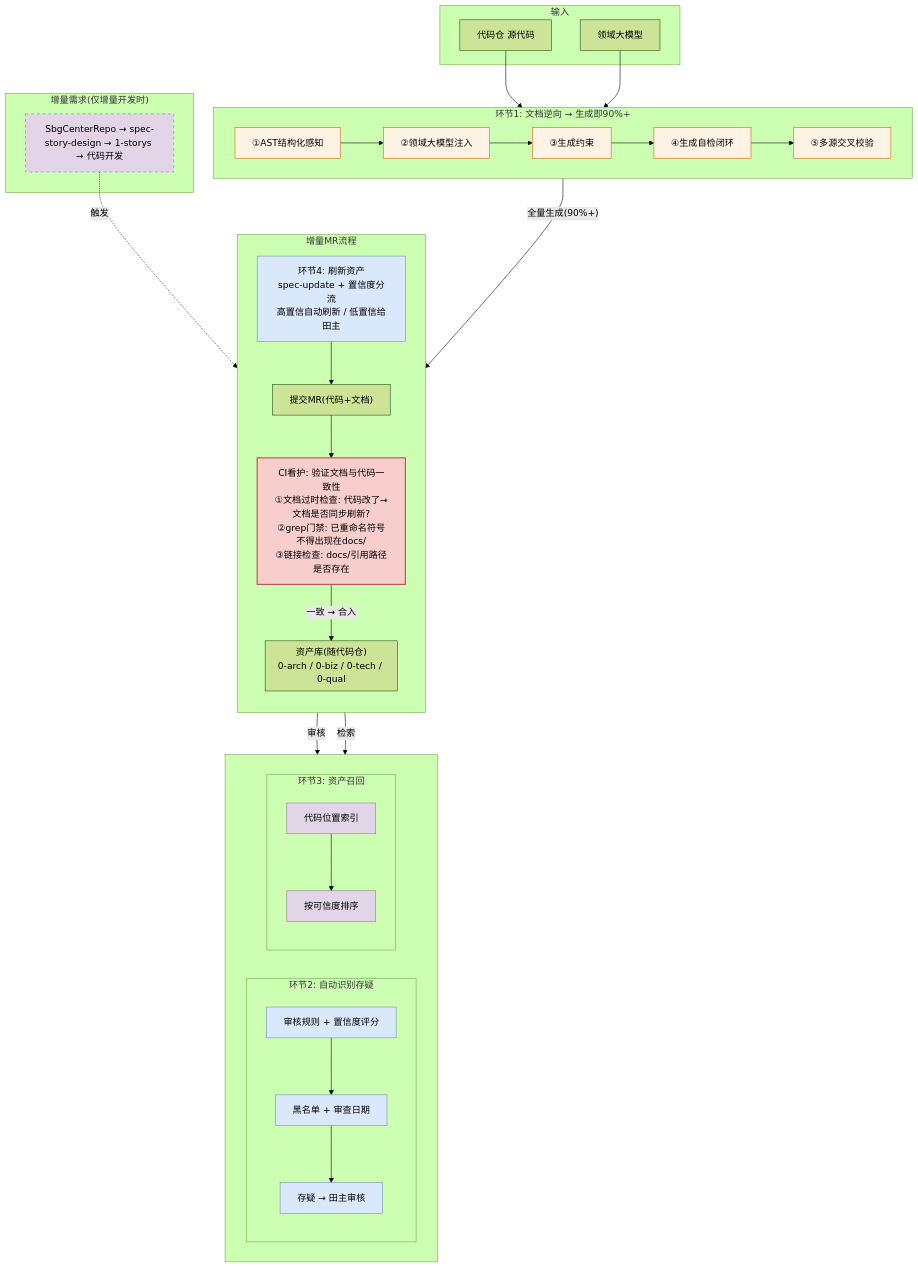
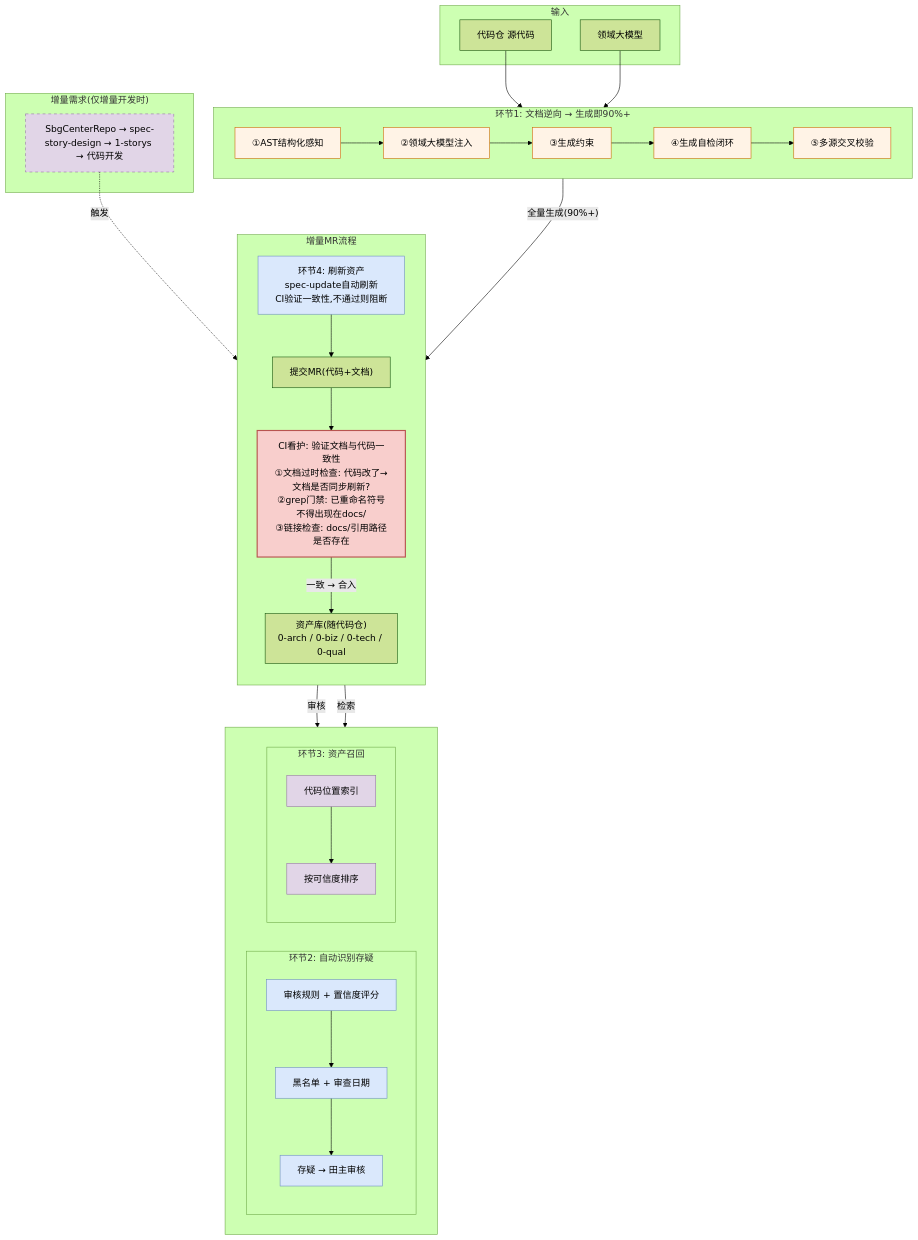
Before and after one commit to hututuxinyu/Memory: the second of 4 diagrams in POC/云核知识资产治理解决方案.md, drawn with Mermaid (forest theme). The commit also changed other lines of this file, not shown here.

````diff
--- a/POC/云核知识资产治理解决方案.md
+++ b/POC/云核知识资产治理解决方案.md
@@ -68,70 +68,70 @@
 ```mermaid
 flowchart TB
     subgraph Input["输入"]
         I1["代码仓 源代码"]
         I2["领域大模型"]
     end
 
     subgraph R1["环节1: 文档逆向 → 生成即90%+"]
         direction LR
         R1a["①AST结构化感知"]
         R1b["②领域大模型注入"]
         R1c["③生成约束"]
         R1d["④生成自检闭环"]
         R1e["⑤多源交叉校验"]
         R1a --> R1b --> R1c --> R1d --> R1e
     end
 
     subgraph Assets["资产库(随代码仓)<br/>0-arch / 0-biz / 0-tech / 0-qual"]
     end
 
     subgraph Bottom[" "]
         direction LR
         subgraph R2["环节2: 自动识别存疑"]
             R2a["审核规则 + 置信度评分"]
             R2b["黑名单 + 审查日期"]
             R2c["存疑 → 田主审核"]
             R2a --> R2b --> R2c
         end
         subgraph R3["环节3: 资产召回"]
             R3a["代码位置索引"]
             R3b["按可信度排序"]
             R3a --> R3b
         end
     end
 
     subgraph MRFlow["增量MR流程"]
         direction TB
-        R4["环节4: 刷新资产<br/>spec-update + 置信度分流<br/>高置信自动刷新 / 低置信给田主"]
+        R4["环节4: 刷新资产<br/>spec-update自动刷新<br/>CI验证一致性,不通过则阻断"]
         MR["提交MR(代码+文档)"]
         CI["CI看护: 验证文档与代码一致性<br/>①文档过时检查: 代码改了→文档是否同步刷新?<br/>②grep门禁: 已重命名符号不得出现在docs/<br/>③链接检查: docs/引用路径是否存在"]
         R4 --> MR
         MR --> CI
         CI -->|"一致 → 合入"| Assets
     end
 
     I1 --> R1
     I2 --> R1
     R1 -->|"全量生成(90%+)"| Assets
     Assets -->|"审核"| R2
     Assets -->|"检索"| R3
 
     subgraph Trigger["增量需求(仅增量开发时)"]
         T1["SbgCenterRepo → spec-story-design → 1-storys → 代码开发"]
     end
     T1 -.->|"触发"| R4
 
     style R1a fill:#fff3e6,stroke:#cc6600
     style R1b fill:#fff3e6,stroke:#cc6600
     style R1c fill:#fff3e6,stroke:#cc6600
     style R1d fill:#fff3e6,stroke:#cc6600
     style R1e fill:#fff3e6,stroke:#cc6600
     style R2a fill:#dae8fc,stroke:#6c8ebf
     style R2b fill:#dae8fc,stroke:#6c8ebf
     style R2c fill:#dae8fc,stroke:#6c8ebf
     style R3a fill:#e1d5e7,stroke:#9673a6
     style R3b fill:#e1d5e7,stroke:#9673a6
     style CI fill:#f8cecc,stroke:#b85450,stroke-width:2px
     style R4 fill:#dae8fc,stroke:#6c8ebf
     style T1 fill:#e1d5e7,stroke:#9673a6,stroke-dasharray:5 5
 ```
````
